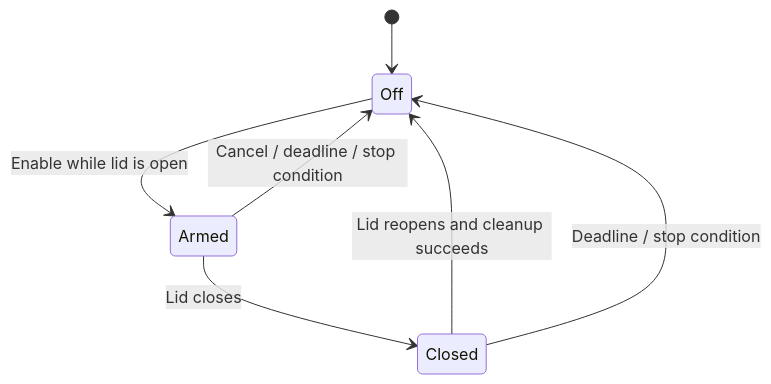
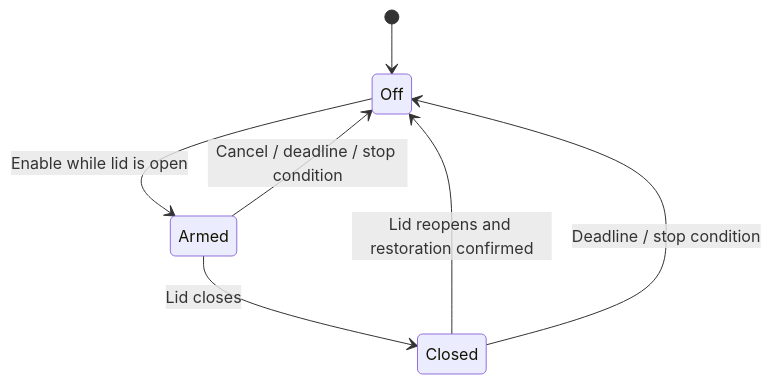
Before and after one commit to kf953741/lidlid: the diagram in docs/ARCHITECTURE.md, drawn with Mermaid. The commit also changed other lines of this file and 50 other files, not shown here.

````diff
--- a/docs/ARCHITECTURE.md
+++ b/docs/ARCHITECTURE.md
@@ -26,9 +31,9 @@
 ```mermaid
 stateDiagram-v2
     [*] --> Off
     Off --> Armed: Enable while lid is open
     Armed --> Closed: Lid closes
-    Closed --> Off: Lid reopens and cleanup succeeds
+    Closed --> Off: Lid reopens and restoration confirmed
     Armed --> Off: Cancel / deadline / stop condition
     Closed --> Off: Deadline / stop condition
 ```
````
